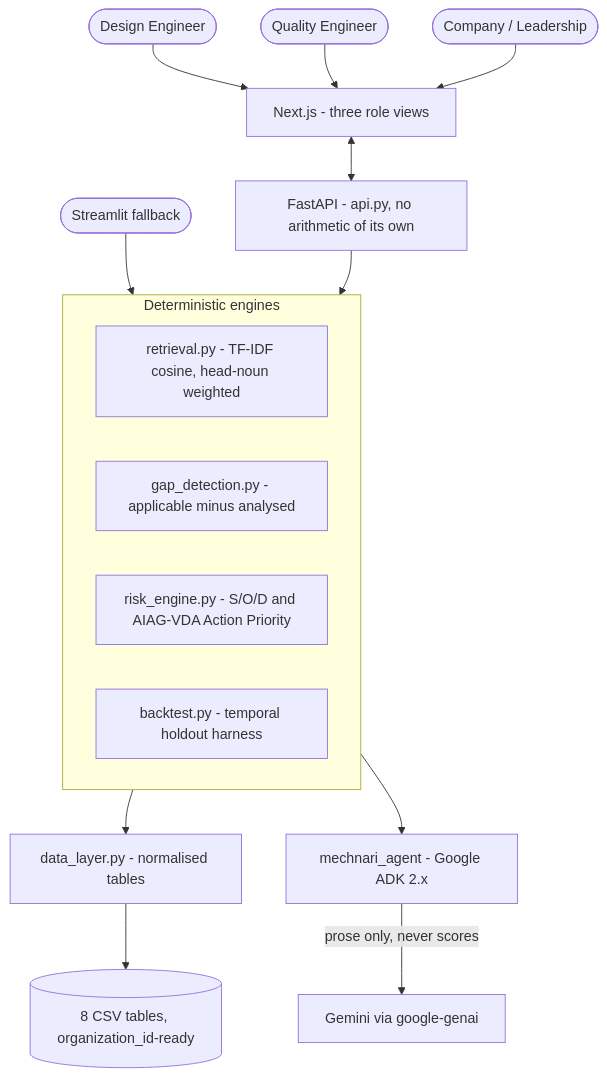
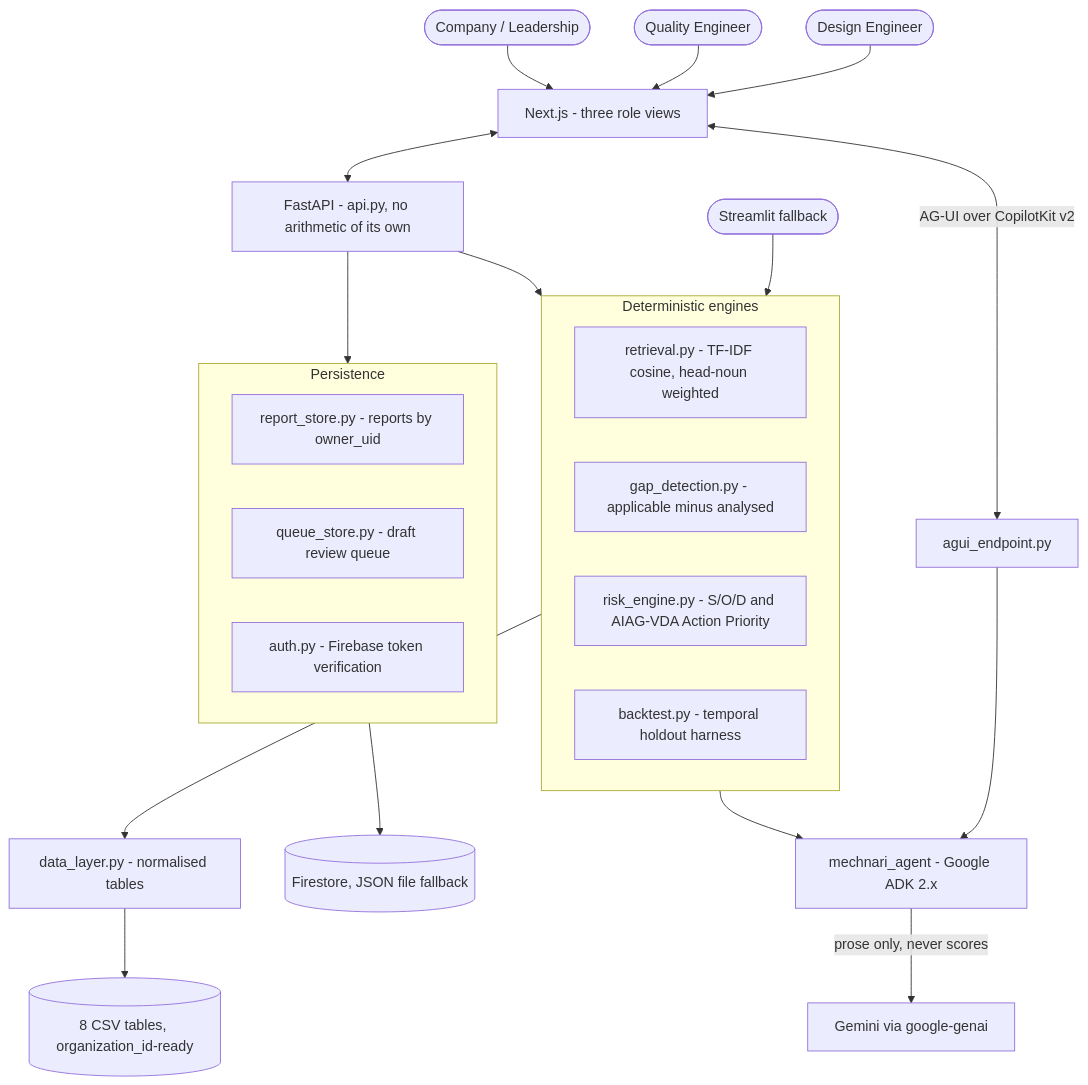
The diagram in README.md (niharika021/Mechnari-ai), drawn with Mermaid before and after one commit. The commit also changed other lines of this file, not shown here.

````diff
--- a/README.md
+++ b/README.md
@@ -96,21 +101,32 @@
 ```mermaid
 graph TD
     DE([Design Engineer]) --> WEB[Next.js - three role views]
     QE([Quality Engineer]) --> WEB
     CO([Company / Leadership]) --> WEB
     WEB <--> API[FastAPI - api.py, no arithmetic of its own]
+    WEB <-->|AG-UI over CopilotKit v2| AGUI[agui_endpoint.py]
     ST([Streamlit fallback]) --> ENG
     API --> ENG
+    API --> STORE
+    AGUI --> ADK
+
+    subgraph STORE[Persistence]
+        RS[report_store.py - reports by owner_uid]
+        QS[queue_store.py - draft review queue]
+        AU[auth.py - Firebase token verification]
+    end
+
+    STORE --> FS[(Firestore, JSON file fallback)]
 
     subgraph ENG[Deterministic engines]
         RET[retrieval.py - TF-IDF cosine, head-noun weighted]
         GAP[gap_detection.py - applicable minus analysed]
         RISK[risk_engine.py - S/O/D and AIAG-VDA Action Priority]
         BT[backtest.py - temporal holdout harness]
     end
 
     ENG --> DL[data_layer.py - normalised tables]
     DL --> CSV[(8 CSV tables, organization_id-ready)]
     ENG --> ADK[mechnari_agent - Google ADK 2.x]
     ADK -->|prose only, never scores| GEM[Gemini via google-genai]
 ```
````
